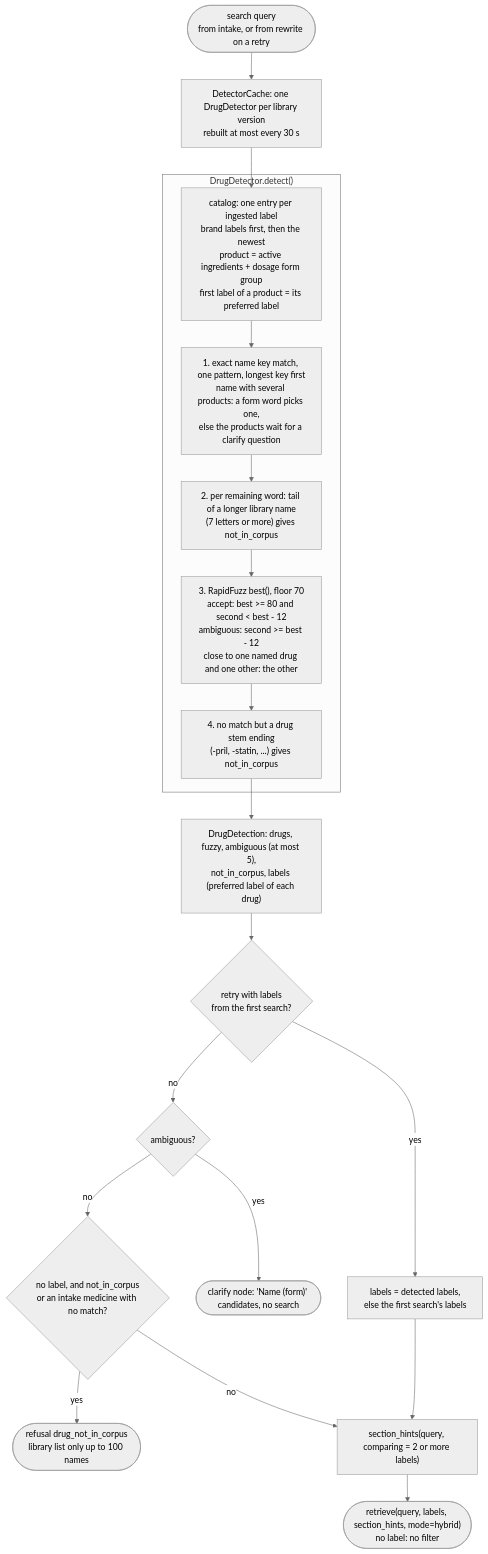
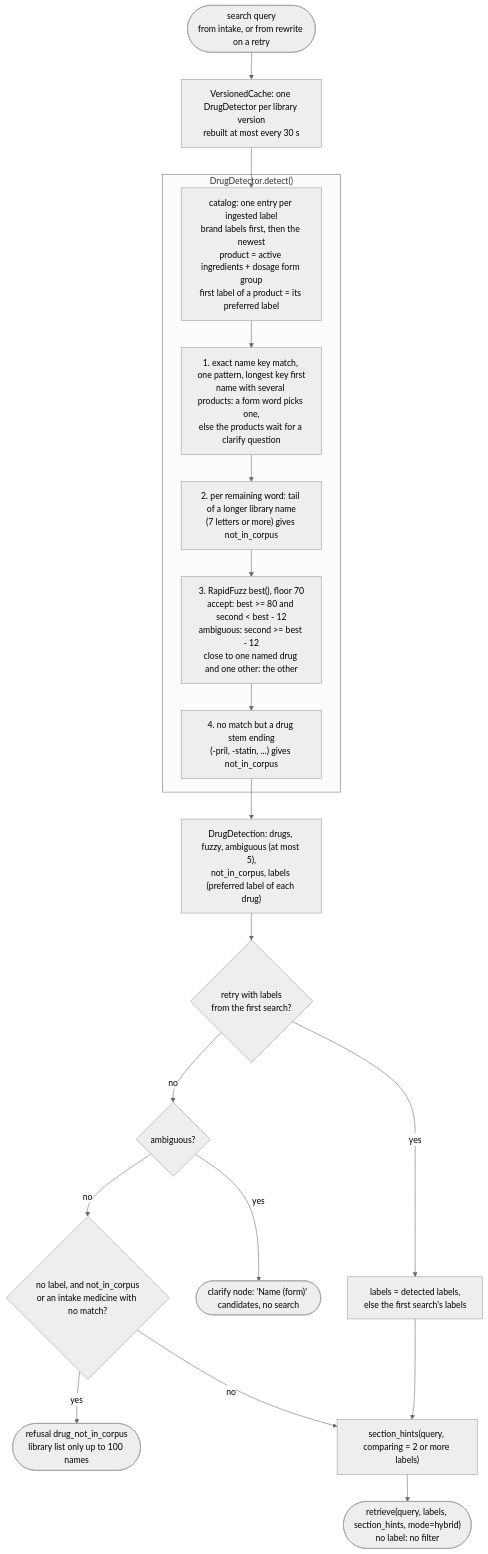
The second of 3 diagrams in docs/diagrams/retrieval.md (G-MAKROGLOU/docuchat), drawn with Mermaid (neutral theme) before and after one commit. The commit also changed 8 other files, not shown here.

First line of the commit message:
refactor(backend): move the versioned cache to a neutral module and inject it

````diff
--- a/docs/diagrams/retrieval.md
+++ b/docs/diagrams/retrieval.md
@@ -36,26 +36,26 @@
 ```mermaid
 flowchart TD
     q(["search query<br/>from intake, or from rewrite on a retry"]) --> src
 
-    src["DetectorCache: one DrugDetector per library version<br/>rebuilt at most every 30 s"] --> det
+    src["VersionedCache: one DrugDetector per library version<br/>rebuilt at most every 30 s"] --> det
 
     subgraph detect["DrugDetector.detect()"]
         det["catalog: one entry per ingested label<br/>brand labels first, then the newest<br/>product = active ingredients + dosage form group<br/>first label of a product = its preferred label"]
         exact["1. exact name key match, one pattern, longest key first<br/>name with several products: a form word picks one,<br/>else the products wait for a clarify question"]
         tail["2. per remaining word: tail of a longer library name<br/>(7 letters or more) gives not_in_corpus"]
         fuzzy["3. RapidFuzz best(), floor 70<br/>accept: best >= 80 and second < best - 12<br/>ambiguous: second >= best - 12<br/>close to one named drug and one other: the other"]
         stem["4. no match but a drug stem ending<br/>(-pril, -statin, ...) gives not_in_corpus"]
         det --> exact --> tail --> fuzzy --> stem
     end
 
     stem --> res["DrugDetection: drugs, fuzzy, ambiguous (at most 5),<br/>not_in_corpus, labels (preferred label of each drug)"]
     res --> retry{"retry with labels<br/>from the first search?"}
     retry -->|yes| keep["labels = detected labels,<br/>else the first search's labels"]
     retry -->|no| amb{"ambiguous?"}
     amb -->|yes| clarify(["clarify node: 'Name (form)' candidates, no search"])
     amb -->|no| outside{"no label, and not_in_corpus<br/>or an intake medicine with no match?"}
     outside -->|yes| refuse(["refusal drug_not_in_corpus<br/>library list only up to 100 names"])
     outside -->|no| hints["section_hints(query, comparing = 2 or more labels)"]
     keep --> hints
     hints --> call(["retrieve(query, labels, section_hints, mode=hybrid)<br/>no label: no filter"])
 ```
````
